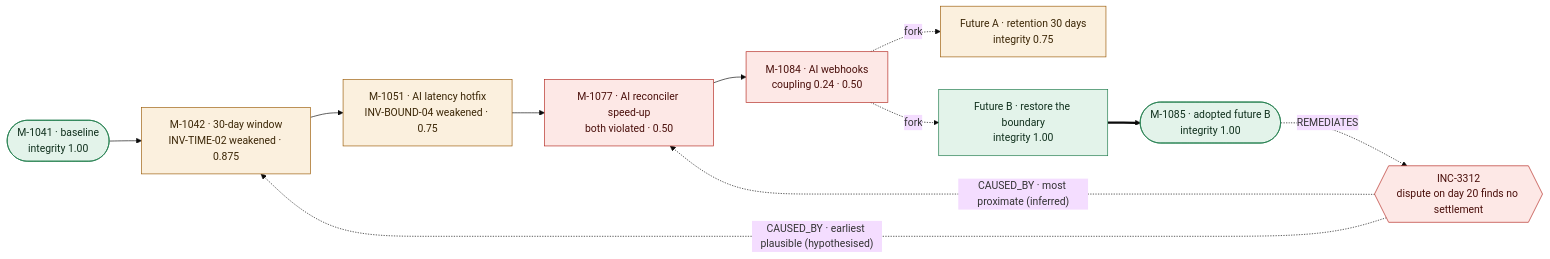
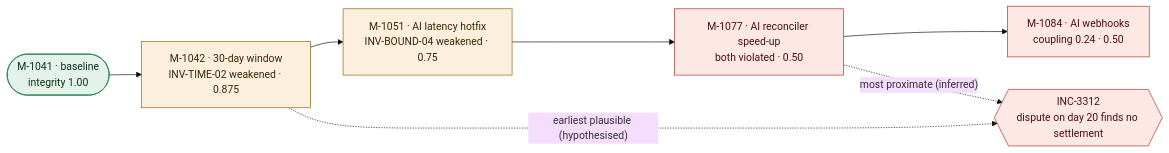
One commit to Sarthaksulkhlan/epoch-software.evolution changed the second of 6 diagrams in README.md. Above: the diagram before and after it, drawn with Mermaid (base theme). The commit also changed other lines of this file, not shown here.

Commit message:
docs: split the README evolution graph into chain and futures
One graph with the incident linked both ways formed a cycle, so GitHub
laid it out wide with the incident under the zoom controls. The chart
title no longer overflows.

````diff
--- a/README.md
+++ b/README.md
@@ -132,27 +134,16 @@
 ```mermaid
 flowchart LR
-    M1041(["M-1041 · baseline<br/>integrity 1.00"])
-    M1042["M-1042 · 30-day window<br/>INV-TIME-02 weakened · 0.875"]
-    M1051["M-1051 · AI latency hotfix<br/>INV-BOUND-04 weakened · 0.75"]
-    M1077["M-1077 · AI reconciler speed-up<br/>both violated · 0.50"]
-    M1084["M-1084 · AI webhooks<br/>coupling 0.24 · 0.50"]
-    INC{{"INC-3312<br/>dispute on day 20 finds no settlement"}}
-    A["Future A · retention 30 days<br/>integrity 0.75"]
-    B["Future B · restore the boundary<br/>integrity 1.00"]
-    M1085(["M-1085 · adopted future B<br/>integrity 1.00"])
-
-    M1041 --> M1042 --> M1051 --> M1077 --> M1084
-    INC -. "CAUSED_BY · most proximate (inferred)" .-> M1077
-    INC -. "CAUSED_BY · earliest plausible (hypothesised)" .-> M1042
-    M1084 -. fork .-> A
-    M1084 -. fork .-> B
-    B ==> M1085
-    M1085 -. REMEDIATES .-> INC
+    M1041(["M-1041 · baseline<br/>integrity 1.00"]) --> M1042["M-1042 · 30-day window<br/>INV-TIME-02 weakened · 0.875"]
+    M1042 --> M1051["M-1051 · AI latency hotfix<br/>INV-BOUND-04 weakened · 0.75"]
+    M1051 --> M1077["M-1077 · AI reconciler speed-up<br/>both violated · 0.50"]
+    M1077 --> M1084["M-1084 · AI webhooks<br/>coupling 0.24 · 0.50"]
+    M1077 -. "most proximate (inferred)" .-> INC{{"INC-3312<br/>dispute on day 20 finds no settlement"}}
+    M1042 -. "earliest plausible (hypothesised)" .-> INC
 
     classDef good fill:#e3f3ea,stroke:#1d7a4a,color:#10301d
     classDef warn fill:#fbf0de,stroke:#9a5a06,color:#3b2606
     classDef bad fill:#fde8e6,stroke:#b3261e,color:#4a0f0b
-    class M1041,M1085,B good
-    class M1042,M1051,A warn
+    class M1041 good
+    class M1042,M1051 warn
     class M1077,M1084,INC bad
 ```
````
